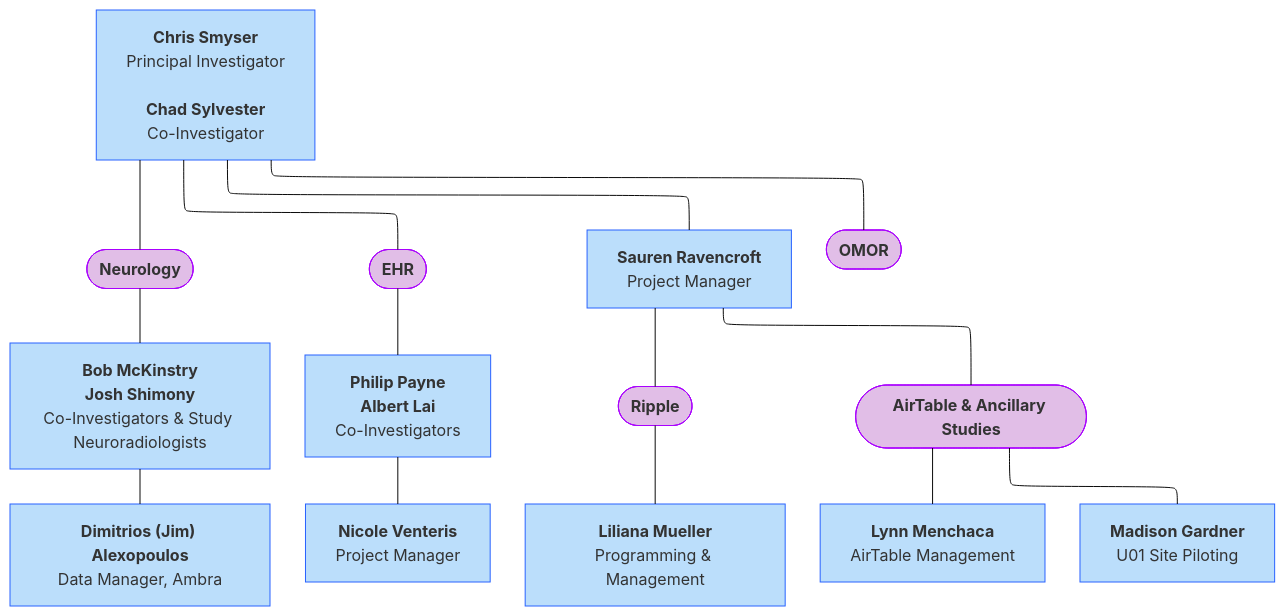
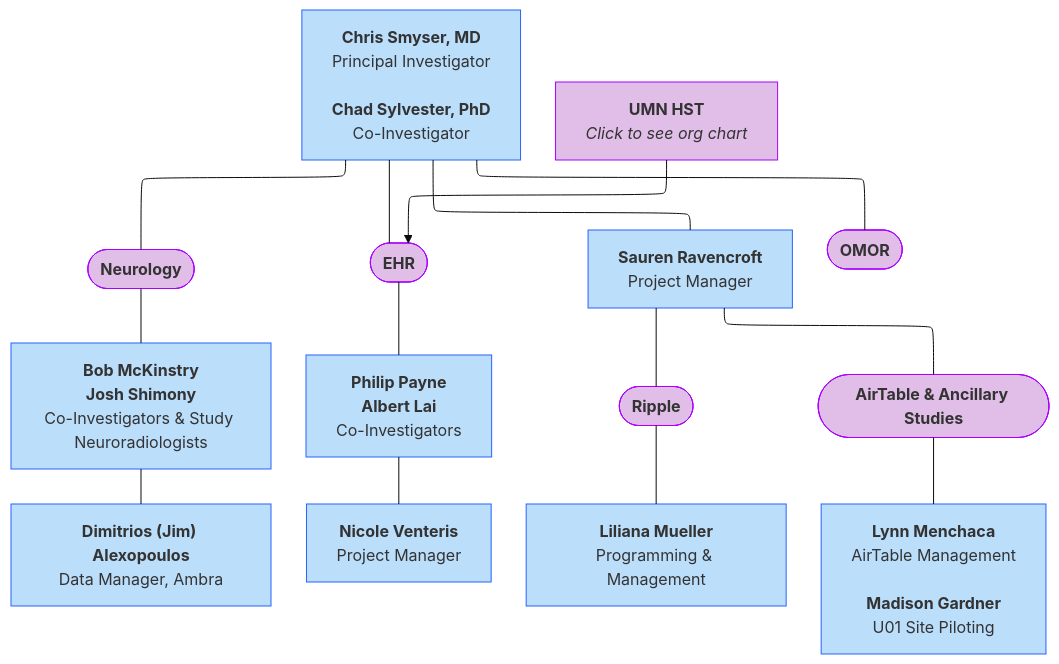
The eighth of 9 diagrams in docs/orgcharts.md (DCAN-Labs/hbcd-docs-internal), drawn with Mermaid (base theme) before and after one commit.

Commit message:
WashU add UMN oversight of EHR

````diff
--- a/docs/orgcharts.md
+++ b/docs/orgcharts.md
@@ -418,30 +418,32 @@
 ```mermaid
 ---
 config:
   layout: elk
 ---
 flowchart TB
-    A["<b>Chris Smyser</b><br>Principal Investigator<br>
-    <b>Chad Sylvester</b><br>Co-Investigator"] --- neurology(["<b>Neurology</b>"]) & C(["<b>EHR</b><br>"]) & B["<b>Sauren Ravencroft</b><br>Project Manager"] & n11(["<b>OMOR</b>"])
+    A["<b>Chris Smyser, MD</b><br>Principal Investigator<br>
+    <b>Chad Sylvester, PhD</b><br>Co-Investigator"] --- neurology(["<b>Neurology</b>"]) & C(["<b>EHR</b><br>"]) & B["<b>Sauren Ravencroft</b><br>Project Manager"] & n11(["<b>OMOR</b>"])
     neurology --- n1["<b>Bob McKinstry</b><br><b>Josh Shimony</b><br>Co-Investigators &amp; Study Neuroradiologists"]
     n1 --- n2["<b>Dimitrios (Jim) Alexopoulos</b><br>Data Manager, Ambra"]
     C --- n3["<b>Philip Payne</b><br><b>Albert Lai</b><br>Co-Investigators"]
     n3 --- n4["<b>Nicole Venteris</b><br>Project Manager"]
     B --- n5(["<b>Ripple</b>"]) & n6(["<b>AirTable &amp; Ancillary Studies</b>"])
     n5 --- n8["<b>Liliana Mueller</b><br>Programming &amp; Management"]
-    n6 --- n9["<b>Lynn Menchaca</b><br>AirTable Management<br>"] & n10["<b>Madison Gardner</b><br>U01 Site Piloting"]
+    n6 --- n9["<b>Lynn Menchaca</b><br>AirTable Management<br><br><b>Madison Gardner</b><br>U01 Site Piloting"]
+    n12["<b>UMN HST</b><br><i>Click to see org chart</i>"] --> C
     style A fill:#BBDEFB,stroke:#2962FF
     style neurology fill:#E1BEE7,stroke:#AA00FF
     style C fill:#E1BEE7,stroke:#AA00FF
     style B fill:#BBDEFB,stroke:#2962FF
     style n11 fill:#E1BEE7,stroke:#AA00FF
     style n1 fill:#BBDEFB,stroke:#2962FF
     style n2 fill:#BBDEFB,stroke:#2962FF
     style n3 fill:#BBDEFB,stroke:#2962FF
     style n4 fill:#BBDEFB,stroke:#2962FF
     style n5 fill:#E1BEE7,stroke:#AA00FF
     style n6 fill:#E1BEE7,stroke:#AA00FF
     style n8 fill:#BBDEFB,stroke:#2962FF
     style n9 fill:#BBDEFB,stroke:#2962FF
-    style n10 fill:#BBDEFB,stroke:#2962FF
+    style n12 fill:#E1BEE7,stroke:#AA00FF
+    click n12 "#health-sciences-technology"
 ```
````
